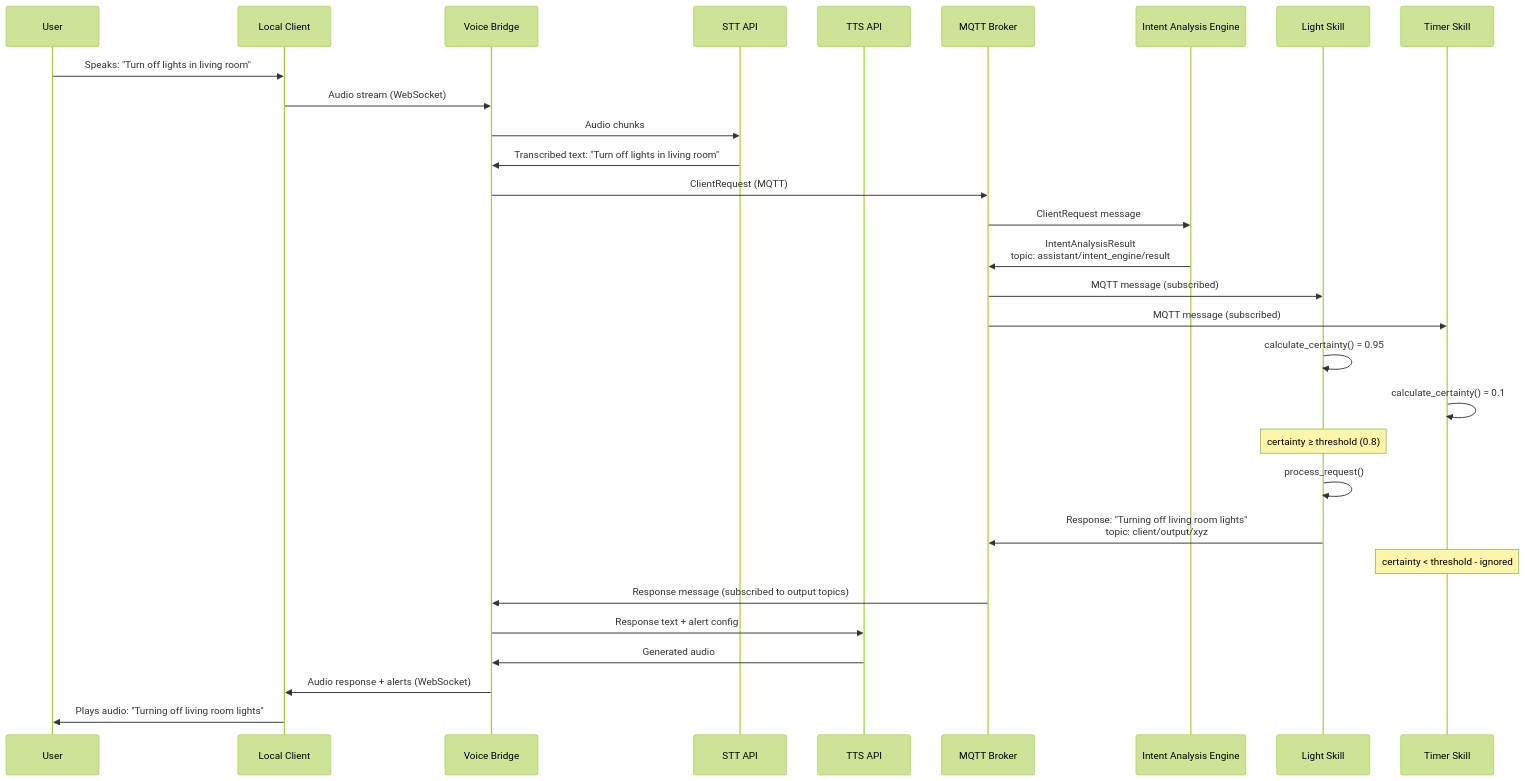
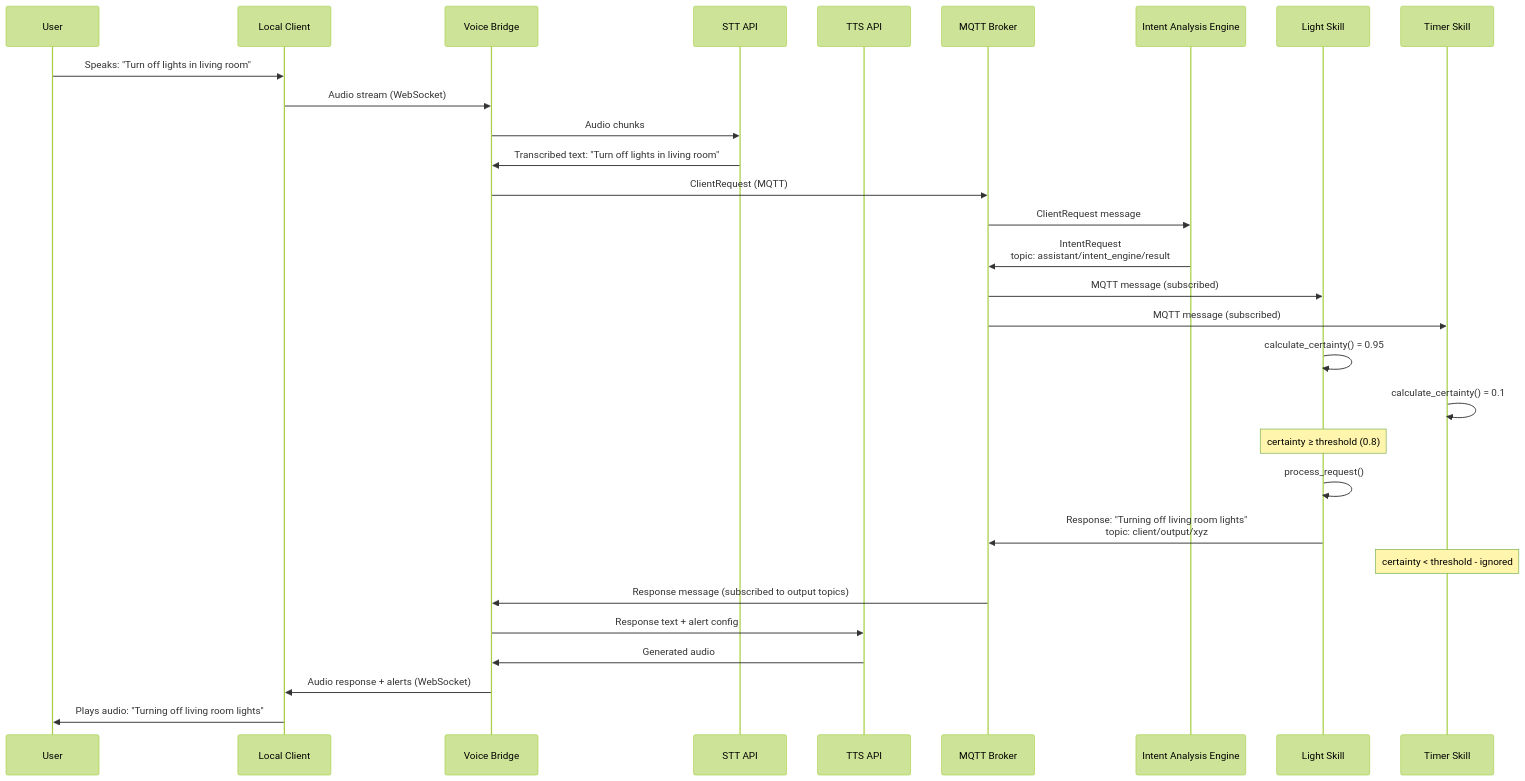
Before and after one commit to stkr22/private-assistant-commons-py: the second of 2 diagrams in docs/architecture.md, drawn with Mermaid (forest theme). The commit also changed other lines of this file and 3 other files, not shown here.

````diff
--- a/docs/architecture.md
+++ b/docs/architecture.md
@@ -126,39 +128,39 @@
 ```mermaid
 sequenceDiagram
     participant User
     participant LC as Local Client
     participant VB as Voice Bridge
     participant STT as STT API
     participant TTS as TTS API
     participant MB as MQTT Broker  
     participant IAE as Intent Analysis Engine
     participant LS as Light Skill
     participant TS as Timer Skill
     
     User->>LC: Speaks: "Turn off lights in living room"
     LC->>VB: Audio stream (WebSocket)
     VB->>STT: Audio chunks
     STT->>VB: Transcribed text: "Turn off lights in living room"
     VB->>MB: ClientRequest (MQTT)
     
     MB->>IAE: ClientRequest message
-    IAE->>MB: IntentAnalysisResult<br/>topic: assistant/intent_engine/result
+    IAE->>MB: IntentRequest<br/>topic: assistant/intent_engine/result
     
     MB->>LS: MQTT message (subscribed)
     MB->>TS: MQTT message (subscribed)
     
     LS->>LS: calculate_certainty() = 0.95
     TS->>TS: calculate_certainty() = 0.1
     
     Note over LS: certainty ≥ threshold (0.8)
     LS->>LS: process_request()
     LS->>MB: Response: "Turning off living room lights"<br/>topic: client/output/xyz
     
     Note over TS: certainty < threshold - ignored
     
     MB->>VB: Response message (subscribed to output topics)
     VB->>TTS: Response text + alert config
     TTS->>VB: Generated audio
     VB->>LC: Audio response + alerts (WebSocket)
     LC->>User: Plays audio: "Turning off living room lights"
 ```
````
